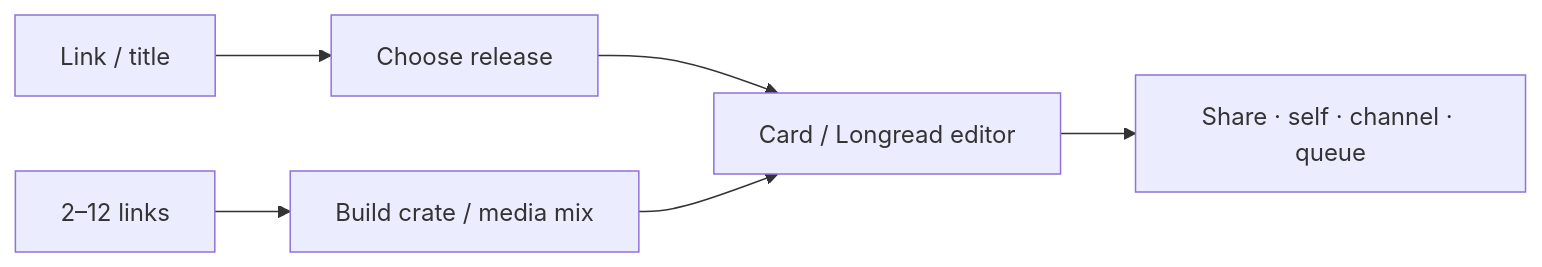
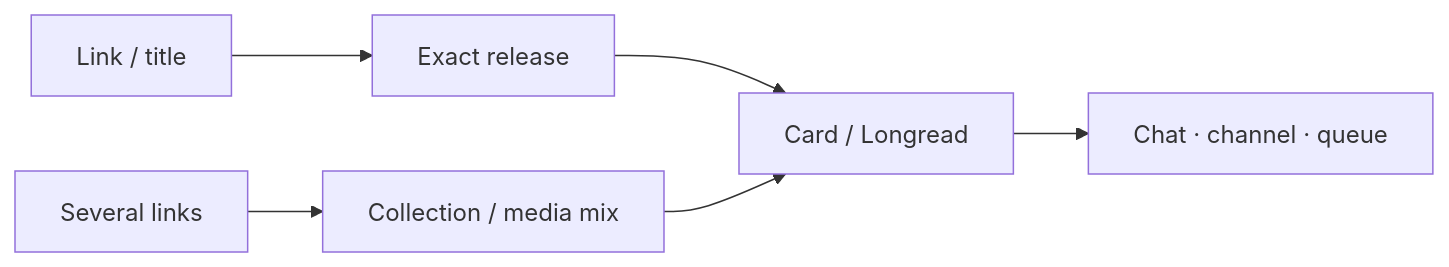
One commit to StonerHand/stonerhand-soundlinks-bot changed the diagram in README.md. Above: the diagram before and after it, drawn with Mermaid. The commit also changed other lines of this file and 25 other files, not shown here.

````diff
--- a/README.md
+++ b/README.md
@@ -47,8 +44,8 @@
 ```mermaid
 flowchart LR
-    A["Link / title"] --> B["Choose release"]
-    A2["2–12 links"] --> C["Build crate / media mix"]
-    B --> D["Card / Longread editor"]
+    A["Link / title"] --> B["Exact release"]
+    A2["Several links"] --> C["Collection / media mix"]
+    B --> D["Card / Longread"]
     C --> D
-    D --> E["Share · self · channel · queue"]
+    D --> E["Chat · channel · queue"]
 ```
````
